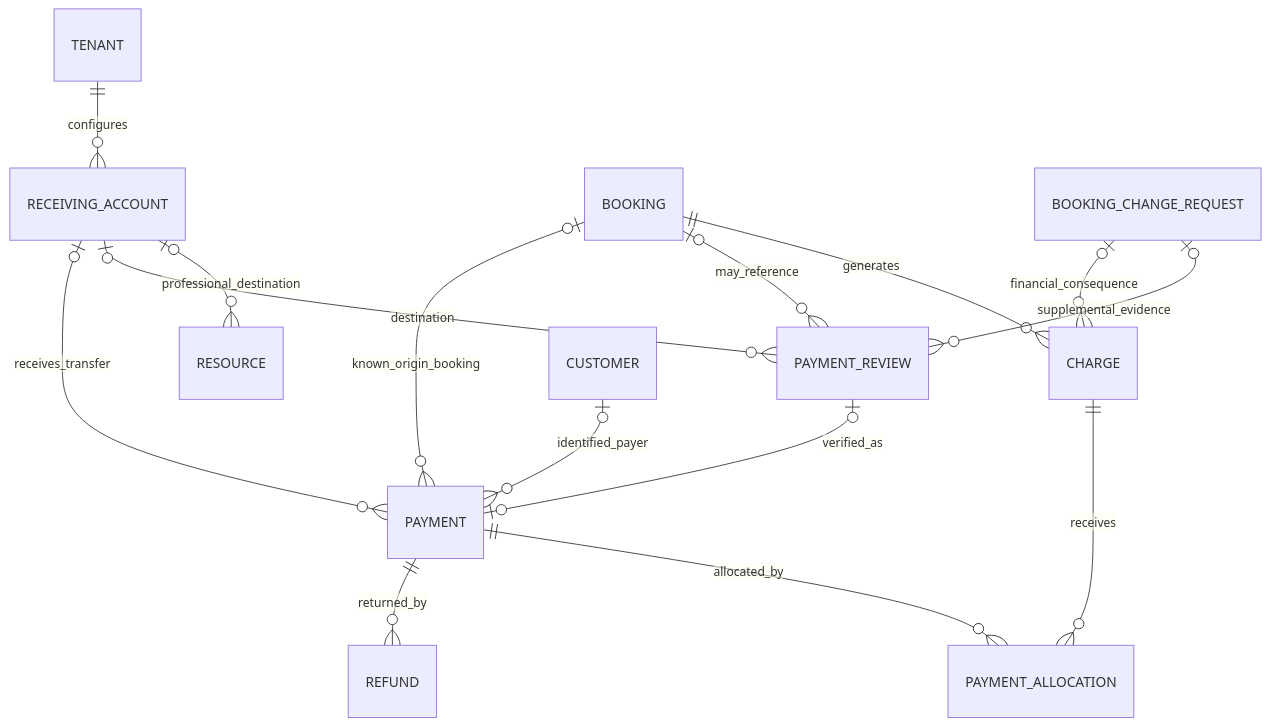
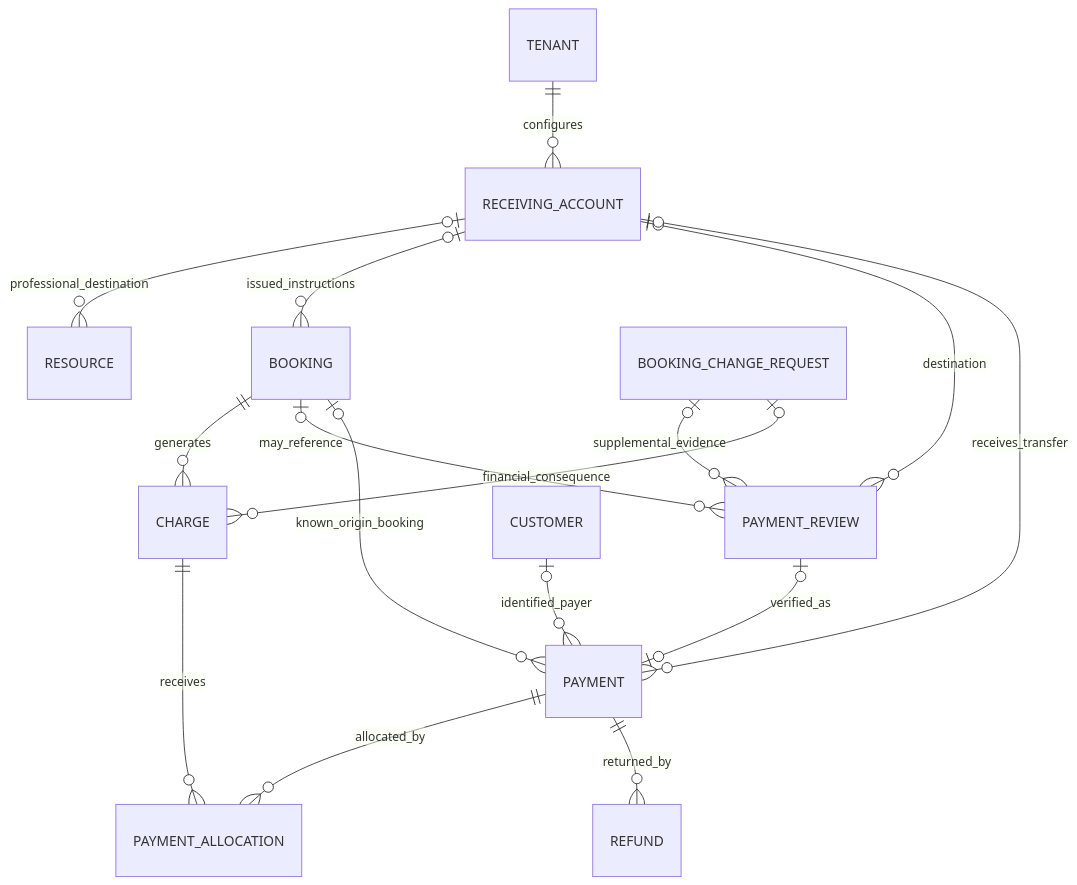
One commit to nanonoir/Agendoxa changed the fifth of 9 diagrams in docs/design-docs/erd.md. Above: the diagram before and after it, drawn with Mermaid. The commit also changed other lines of this file and 5 other files, not shown here.

Commit message:
docs(DOM-01): specify logical ERD attributes, keys and compatibility checks

````diff
--- a/docs/design-docs/erd.md
+++ b/docs/design-docs/erd.md
@@ -159,17 +163,18 @@
 ```mermaid
 erDiagram
   TENANT ||--o{ RECEIVING_ACCOUNT : configures
   RECEIVING_ACCOUNT o|--o{ RESOURCE : professional_destination
+  RECEIVING_ACCOUNT o|--o{ BOOKING : issued_instructions
   BOOKING ||--o{ CHARGE : generates
   BOOKING o|--o{ PAYMENT_REVIEW : may_reference
   BOOKING_CHANGE_REQUEST o|--o{ PAYMENT_REVIEW : supplemental_evidence
   BOOKING_CHANGE_REQUEST o|--o{ CHARGE : financial_consequence
   BOOKING o|--o{ PAYMENT : known_origin_booking
   CUSTOMER o|--o{ PAYMENT : identified_payer
   RECEIVING_ACCOUNT o|--o{ PAYMENT_REVIEW : destination
   PAYMENT_REVIEW o|--o| PAYMENT : verified_as
   RECEIVING_ACCOUNT o|--o{ PAYMENT : receives_transfer
   PAYMENT ||--o{ PAYMENT_ALLOCATION : allocated_by
   CHARGE ||--o{ PAYMENT_ALLOCATION : receives
   PAYMENT ||--o{ REFUND : returned_by
 ```
````
